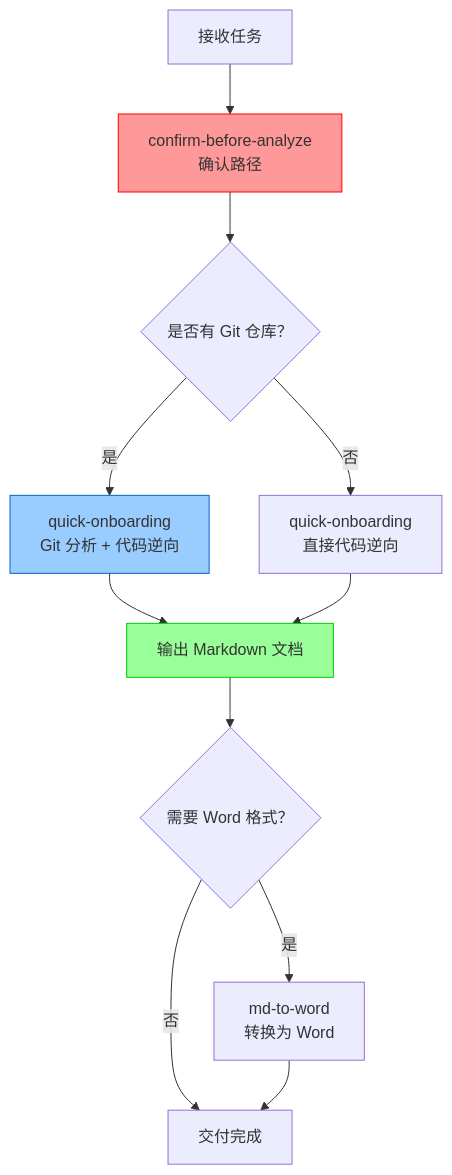
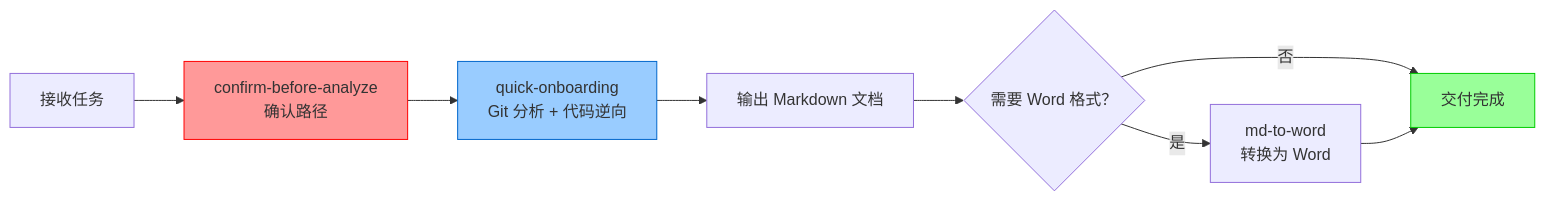
One commit to kangkangsk/openclaw-skills changed the second of 2 diagrams in README.md. Above: the diagram before and after it, drawn with Mermaid. The commit also changed other lines of this file and 3 other files, not shown here.

````diff
--- a/README.md
+++ b/README.md
@@ -77,17 +88,14 @@
 ```mermaid
-graph TD
+graph LR
     A[接收任务] --> B[confirm-before-analyze<br/>确认路径]
-    B --> C{是否有 Git 仓库？}
-    C -->|是 | D[quick-onboarding<br/>Git 分析 + 代码逆向]
-    C -->|否 | E[quick-onboarding<br/>直接代码逆向]
-    D --> F[输出 Markdown 文档]
-    E --> F
-    F --> G{需要 Word 格式？}
-    G -->|是 | H[md-to-word<br/>转换为 Word]
-    G -->|否 | I[交付完成]
-    H --> I
+    B --> C[quick-onboarding<br/>Git 分析 + 代码逆向]
+    C --> D[输出 Markdown 文档]
+    D --> E{需要 Word 格式？}
+    E -->|是 | F[md-to-word<br/>转换为 Word]
+    E -->|否 | G[交付完成]
+    F --> G
     
     style B fill:#ff9999,stroke:#ff0000
-    style D fill:#99ccff,stroke:#0066cc
-    style F fill:#99ff99,stroke:#00cc00
+    style C fill:#99ccff,stroke:#0066cc
+    style G fill:#99ff99,stroke:#00cc00
 ```
````
